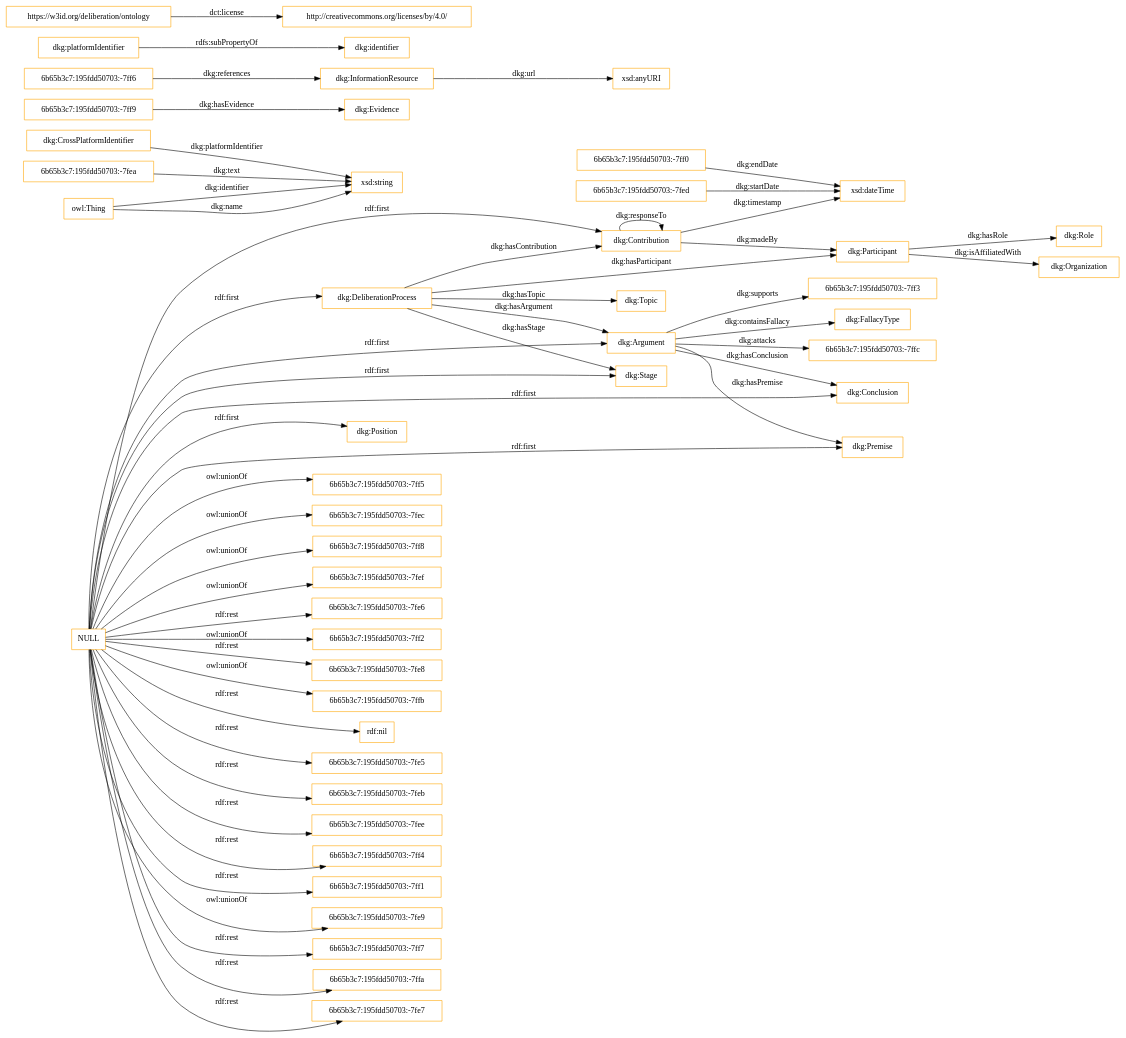
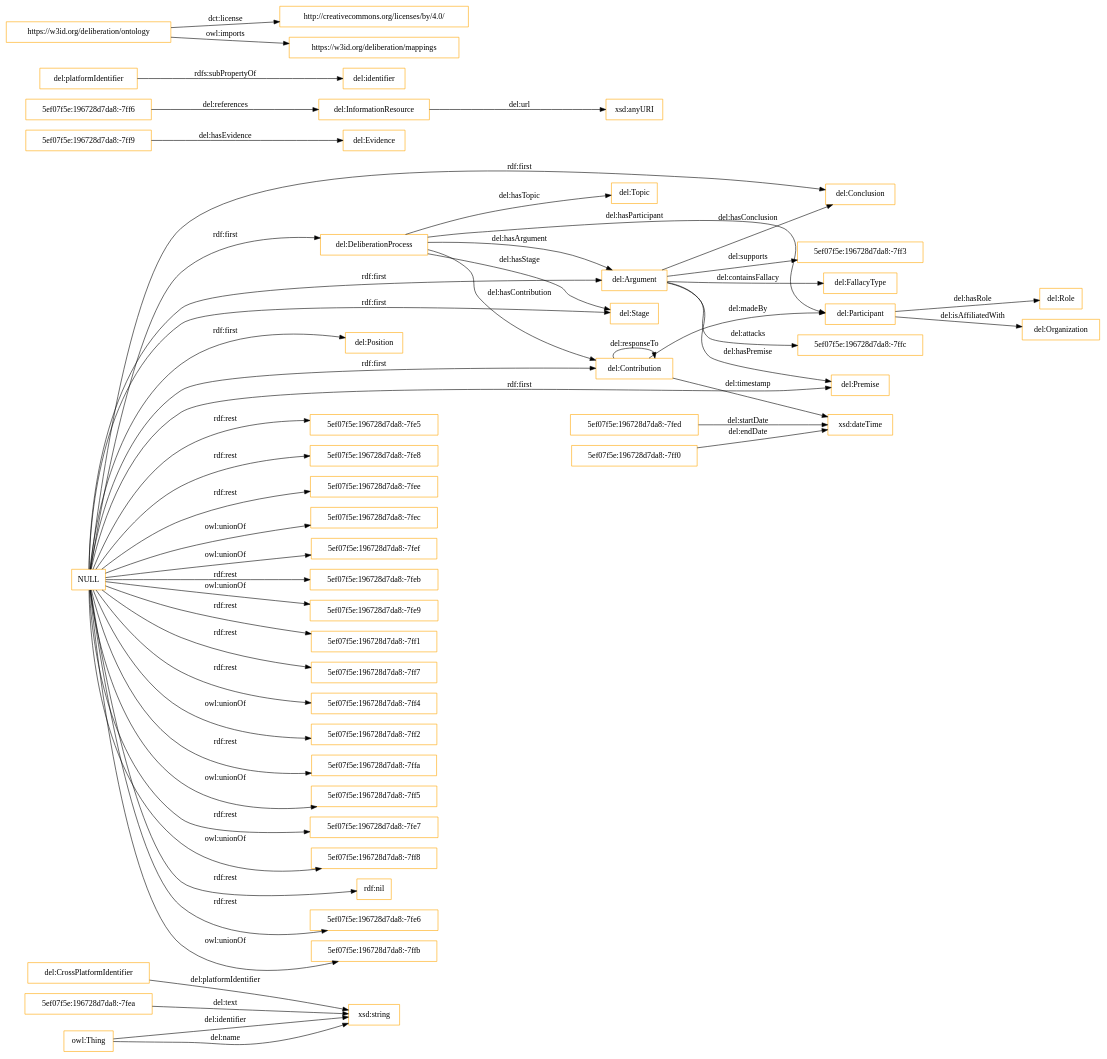
One commit to Stocastico96/Deliberation-Knowledge-Graph changed the diagram in OnToology/ontologies/deliberation.owl/diagrams/ar2dtool-class/deliberation.owl.png.dot. Above: the diagram before and after it, drawn with Graphviz. The commit also changed 10 other files, not shown here.

```diff
--- a/OnToology/ontologies/deliberation.owl/diagrams/ar2dtool-class/deliberation.owl.png.dot
+++ b/OnToology/ontologies/deliberation.owl/diagrams/ar2dtool-class/deliberation.owl.png.dot
@@ -1,57 +1,58 @@
 digraph ar2dtool_diagram { 
 rankdir=LR;
 size="1501"
-node [shape = rectangle, color="orange"]; "6b65b3c7:195fdd50703:-7ff0" "dkg:CrossPlatformIdentifier" "dkg:Role" "dkg:Conclusion" "6b65b3c7:195fdd50703:-7ffc" "dkg:Topic" "dkg:Evidence" "dkg:DeliberationProcess" "6b65b3c7:195fdd50703:-7ff9" "dkg:Participant" "dkg:Argument" "6b65b3c7:195fdd50703:-7ff3" "dkg:Organization" "dkg:InformationResource" "dkg:Stage" "dkg:FallacyType" "6b65b3c7:195fdd50703:-7fea" "dkg:Position" "dkg:Contribution" "6b65b3c7:195fdd50703:-7ff6" "dkg:Premise" "6b65b3c7:195fdd50703:-7fed" ; /*classes style*/
-	"NULL" -> "6b65b3c7:195fdd50703:-7ff5" [ label = "owl:unionOf" ];
-	"NULL" -> "6b65b3c7:195fdd50703:-7fec" [ label = "owl:unionOf" ];
-	"NULL" -> "dkg:Conclusion" [ label = "rdf:first" ];
-	"NULL" -> "6b65b3c7:195fdd50703:-7ff8" [ label = "owl:unionOf" ];
-	"NULL" -> "dkg:Argument" [ label = "rdf:first" ];
-	"NULL" -> "6b65b3c7:195fdd50703:-7fef" [ label = "owl:unionOf" ];
-	"NULL" -> "dkg:Premise" [ label = "rdf:first" ];
-	"NULL" -> "6b65b3c7:195fdd50703:-7fe6" [ label = "rdf:rest" ];
-	"NULL" -> "6b65b3c7:195fdd50703:-7ff2" [ label = "owl:unionOf" ];
-	"NULL" -> "6b65b3c7:195fdd50703:-7fe8" [ label = "rdf:rest" ];
-	"NULL" -> "6b65b3c7:195fdd50703:-7ffb" [ label = "owl:unionOf" ];
-	"NULL" -> "dkg:Position" [ label = "rdf:first" ];
-	"NULL" -> "dkg:DeliberationProcess" [ label = "rdf:first" ];
+node [shape = rectangle, color="orange"]; "del:CrossPlatformIdentifier" "del:Role" "del:Conclusion" "del:Topic" "del:Evidence" "del:DeliberationProcess" "5ef07f5e:196728d7da8:-7ff3" "5ef07f5e:196728d7da8:-7ff6" "del:Participant" "del:Argument" "5ef07f5e:196728d7da8:-7fea" "del:Organization" "5ef07f5e:196728d7da8:-7ff0" "del:InformationResource" "del:Stage" "del:FallacyType" "del:Position" "del:Contribution" "5ef07f5e:196728d7da8:-7ff9" "5ef07f5e:196728d7da8:-7fed" "5ef07f5e:196728d7da8:-7ffc" "del:Premise" ; /*classes style*/
+	"NULL" -> "5ef07f5e:196728d7da8:-7fe5" [ label = "rdf:rest" ];
+	"NULL" -> "5ef07f5e:196728d7da8:-7fe8" [ label = "rdf:rest" ];
+	"NULL" -> "5ef07f5e:196728d7da8:-7fee" [ label = "rdf:rest" ];
+	"NULL" -> "del:Conclusion" [ label = "rdf:first" ];
+	"NULL" -> "5ef07f5e:196728d7da8:-7fec" [ label = "owl:unionOf" ];
+	"NULL" -> "5ef07f5e:196728d7da8:-7fef" [ label = "owl:unionOf" ];
+	"NULL" -> "5ef07f5e:196728d7da8:-7feb" [ label = "rdf:rest" ];
+	"NULL" -> "5ef07f5e:196728d7da8:-7fe9" [ label = "owl:unionOf" ];
+	"NULL" -> "5ef07f5e:196728d7da8:-7ff1" [ label = "rdf:rest" ];
+	"NULL" -> "5ef07f5e:196728d7da8:-7ff7" [ label = "rdf:rest" ];
+	"NULL" -> "5ef07f5e:196728d7da8:-7ff4" [ label = "rdf:rest" ];
+	"NULL" -> "del:Argument" [ label = "rdf:first" ];
+	"NULL" -> "5ef07f5e:196728d7da8:-7ff2" [ label = "owl:unionOf" ];
+	"NULL" -> "del:Premise" [ label = "rdf:first" ];
+	"NULL" -> "5ef07f5e:196728d7da8:-7ffa" [ label = "rdf:rest" ];
+	"NULL" -> "5ef07f5e:196728d7da8:-7ff5" [ label = "owl:unionOf" ];
+	"NULL" -> "5ef07f5e:196728d7da8:-7fe7" [ label = "rdf:rest" ];
+	"NULL" -> "5ef07f5e:196728d7da8:-7ff8" [ label = "owl:unionOf" ];
+	"NULL" -> "del:Position" [ label = "rdf:first" ];
+	"NULL" -> "del:DeliberationProcess" [ label = "rdf:first" ];
 	"NULL" -> "rdf:nil" [ label = "rdf:rest" ];
-	"NULL" -> "6b65b3c7:195fdd50703:-7fe5" [ label = "rdf:rest" ];
-	"NULL" -> "6b65b3c7:195fdd50703:-7feb" [ label = "rdf:rest" ];
-	"NULL" -> "6b65b3c7:195fdd50703:-7fee" [ label = "rdf:rest" ];
-	"NULL" -> "6b65b3c7:195fdd50703:-7ff4" [ label = "rdf:rest" ];
-	"NULL" -> "6b65b3c7:195fdd50703:-7ff1" [ label = "rdf:rest" ];
-	"NULL" -> "6b65b3c7:195fdd50703:-7fe9" [ label = "owl:unionOf" ];
-	"NULL" -> "6b65b3c7:195fdd50703:-7ff7" [ label = "rdf:rest" ];
-	"NULL" -> "6b65b3c7:195fdd50703:-7ffa" [ label = "rdf:rest" ];
-	"NULL" -> "dkg:Stage" [ label = "rdf:first" ];
-	"NULL" -> "6b65b3c7:195fdd50703:-7fe7" [ label = "rdf:rest" ];
-	"NULL" -> "dkg:Contribution" [ label = "rdf:first" ];
-	"dkg:platformIdentifier" -> "dkg:identifier" [ label = "rdfs:subPropertyOf" ];
+	"NULL" -> "5ef07f5e:196728d7da8:-7fe6" [ label = "rdf:rest" ];
+	"NULL" -> "del:Stage" [ label = "rdf:first" ];
+	"NULL" -> "5ef07f5e:196728d7da8:-7ffb" [ label = "owl:unionOf" ];
+	"NULL" -> "del:Contribution" [ label = "rdf:first" ];
+	"del:platformIdentifier" -> "del:identifier" [ label = "rdfs:subPropertyOf" ];
 	"https://w3id.org/deliberation/ontology" -> "http://creativecommons.org/licenses/by/4.0/" [ label = "dct:license" ];
-	"dkg:CrossPlatformIdentifier" -> "xsd:string" [ label = "dkg:platformIdentifier" ];
-	"dkg:Participant" -> "dkg:Role" [ label = "dkg:hasRole" ];
-	"dkg:Argument" -> "6b65b3c7:195fdd50703:-7ffc" [ label = "dkg:attacks" ];
-	"owl:Thing" -> "xsd:string" [ label = "dkg:identifier" ];
-	"dkg:DeliberationProcess" -> "dkg:Argument" [ label = "dkg:hasArgument" ];
-	"6b65b3c7:195fdd50703:-7ff9" -> "dkg:Evidence" [ label = "dkg:hasEvidence" ];
-	"dkg:Participant" -> "dkg:Organization" [ label = "dkg:isAffiliatedWith" ];
-	"dkg:DeliberationProcess" -> "dkg:Contribution" [ label = "dkg:hasContribution" ];
-	"6b65b3c7:195fdd50703:-7fed" -> "xsd:dateTime" [ label = "dkg:startDate" ];
-	"dkg:InformationResource" -> "xsd:anyURI" [ label = "dkg:url" ];
-	"dkg:Contribution" -> "dkg:Participant" [ label = "dkg:madeBy" ];
-	"dkg:Argument" -> "dkg:Conclusion" [ label = "dkg:hasConclusion" ];
-	"dkg:Contribution" -> "xsd:dateTime" [ label = "dkg:timestamp" ];
-	"6b65b3c7:195fdd50703:-7ff6" -> "dkg:InformationResource" [ label = "dkg:references" ];
-	"dkg:Argument" -> "dkg:FallacyType" [ label = "dkg:containsFallacy" ];
-	"6b65b3c7:195fdd50703:-7ff0" -> "xsd:dateTime" [ label = "dkg:endDate" ];
-	"dkg:Argument" -> "dkg:Premise" [ label = "dkg:hasPremise" ];
-	"dkg:DeliberationProcess" -> "dkg:Topic" [ label = "dkg:hasTopic" ];
-	"6b65b3c7:195fdd50703:-7fea" -> "xsd:string" [ label = "dkg:text" ];
-	"dkg:Contribution" -> "dkg:Contribution" [ label = "dkg:responseTo" ];
-	"dkg:DeliberationProcess" -> "dkg:Stage" [ label = "dkg:hasStage" ];
-	"dkg:Argument" -> "6b65b3c7:195fdd50703:-7ff3" [ label = "dkg:supports" ];
-	"owl:Thing" -> "xsd:string" [ label = "dkg:name" ];
-	"dkg:DeliberationProcess" -> "dkg:Participant" [ label = "dkg:hasParticipant" ];
+	"https://w3id.org/deliberation/ontology" -> "https://w3id.org/deliberation/mappings" [ label = "owl:imports" ];
+	"del:CrossPlatformIdentifier" -> "xsd:string" [ label = "del:platformIdentifier" ];
+	"del:Participant" -> "del:Role" [ label = "del:hasRole" ];
+	"del:Argument" -> "5ef07f5e:196728d7da8:-7ffc" [ label = "del:attacks" ];
+	"owl:Thing" -> "xsd:string" [ label = "del:identifier" ];
+	"del:DeliberationProcess" -> "del:Argument" [ label = "del:hasArgument" ];
+	"5ef07f5e:196728d7da8:-7ff9" -> "del:Evidence" [ label = "del:hasEvidence" ];
+	"del:Participant" -> "del:Organization" [ label = "del:isAffiliatedWith" ];
+	"del:DeliberationProcess" -> "del:Contribution" [ label = "del:hasContribution" ];
+	"5ef07f5e:196728d7da8:-7fed" -> "xsd:dateTime" [ label = "del:startDate" ];
+	"del:InformationResource" -> "xsd:anyURI" [ label = "del:url" ];
+	"del:Contribution" -> "del:Participant" [ label = "del:madeBy" ];
+	"del:Argument" -> "del:Conclusion" [ label = "del:hasConclusion" ];
+	"del:Contribution" -> "xsd:dateTime" [ label = "del:timestamp" ];
+	"5ef07f5e:196728d7da8:-7ff6" -> "del:InformationResource" [ label = "del:references" ];
+	"del:Argument" -> "del:FallacyType" [ label = "del:containsFallacy" ];
+	"5ef07f5e:196728d7da8:-7ff0" -> "xsd:dateTime" [ label = "del:endDate" ];
+	"del:Argument" -> "del:Premise" [ label = "del:hasPremise" ];
+	"del:DeliberationProcess" -> "del:Topic" [ label = "del:hasTopic" ];
+	"5ef07f5e:196728d7da8:-7fea" -> "xsd:string" [ label = "del:text" ];
+	"del:Contribution" -> "del:Contribution" [ label = "del:responseTo" ];
+	"del:DeliberationProcess" -> "del:Stage" [ label = "del:hasStage" ];
+	"del:Argument" -> "5ef07f5e:196728d7da8:-7ff3" [ label = "del:supports" ];
+	"owl:Thing" -> "xsd:string" [ label = "del:name" ];
+	"del:DeliberationProcess" -> "del:Participant" [ label = "del:hasParticipant" ];
 
 }
```
